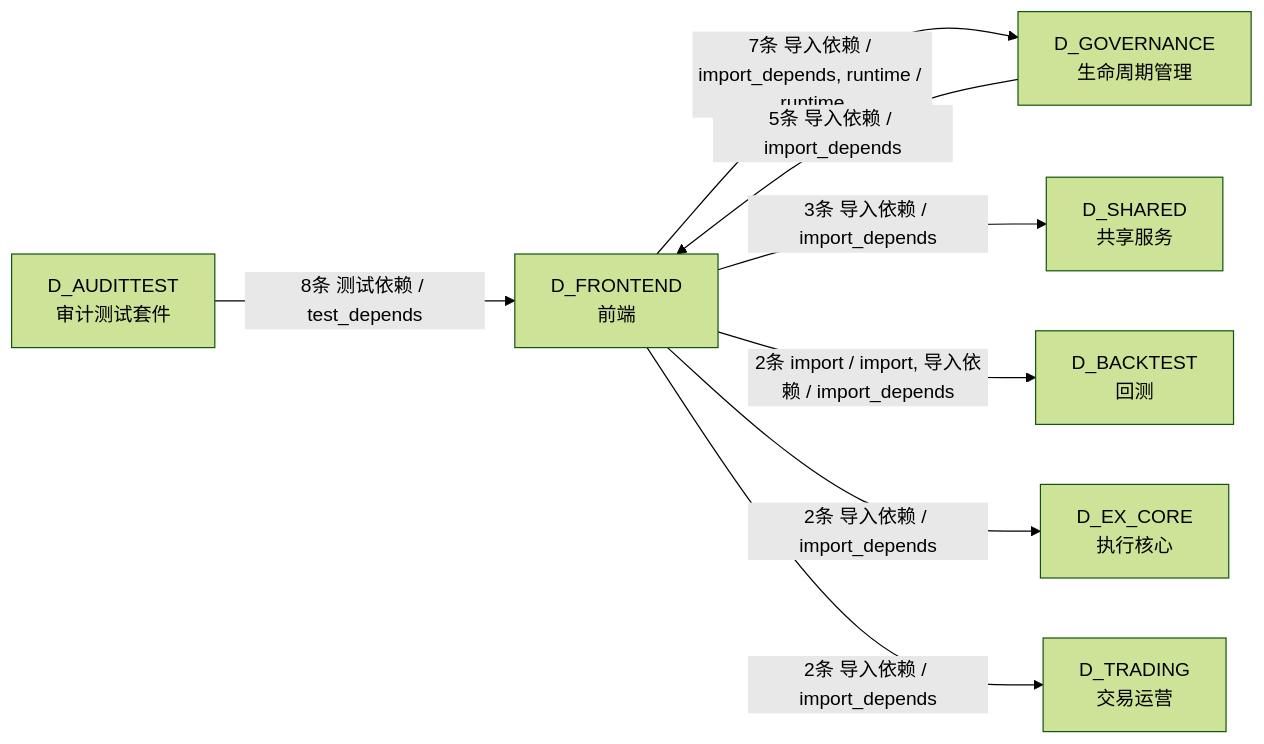
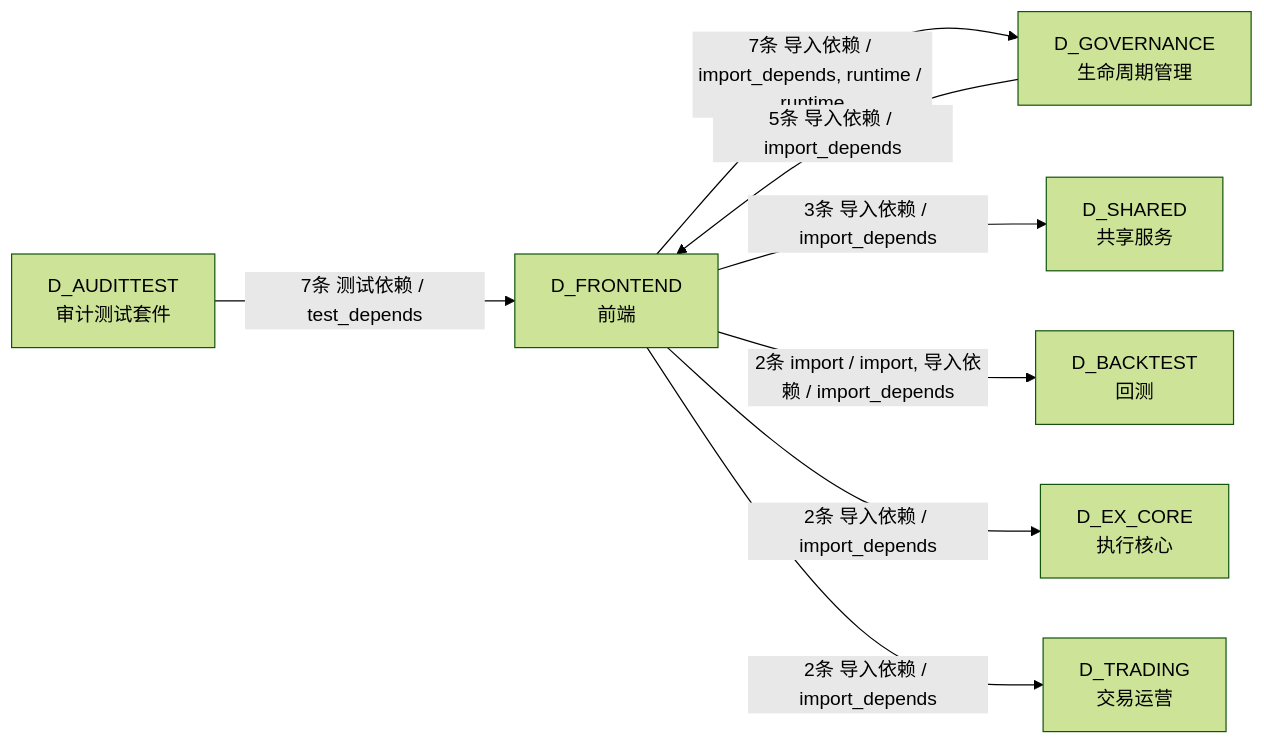
The fifth of 5 diagrams in docs/02_enterprise_architecture/02_domain_architecture_docs/11_d_frontend.md (xuanFelixVan/ZephyrAlpha), drawn with Mermaid (forest theme) before and after one commit. The commit also changed other lines of this file and 100 other files, not shown here.

````diff
--- a/docs/02_enterprise_architecture/02_domain_architecture_docs/11_d_frontend.md
+++ b/docs/02_enterprise_architecture/02_domain_architecture_docs/11_d_frontend.md
@@ -382,17 +382,17 @@
 ```mermaid
 graph LR
     D_FRONTEND["D_FRONTEND<br/>前端"]
     D_GOVERNANCE["D_GOVERNANCE<br/>生命周期管理"]
     D_SHARED["D_SHARED<br/>共享服务"]
     D_BACKTEST["D_BACKTEST<br/>回测"]
     D_EX_CORE["D_EX_CORE<br/>执行核心"]
     D_TRADING["D_TRADING<br/>交易运营"]
     D_AUDITTEST["D_AUDITTEST<br/>审计测试套件"]
     D_FRONTEND -->|7条 导入依赖 / import_depends, runtime / runtime| D_GOVERNANCE
     D_FRONTEND -->|3条 导入依赖 / import_depends| D_SHARED
     D_FRONTEND -->|2条 import / import, 导入依赖 / import_depends| D_BACKTEST
     D_FRONTEND -->|2条 导入依赖 / import_depends| D_EX_CORE
     D_FRONTEND -->|2条 导入依赖 / import_depends| D_TRADING
-    D_AUDITTEST -->|8条 测试依赖 / test_depends| D_FRONTEND
+    D_AUDITTEST -->|7条 测试依赖 / test_depends| D_FRONTEND
     D_GOVERNANCE -->|5条 导入依赖 / import_depends| D_FRONTEND
 ```
````
